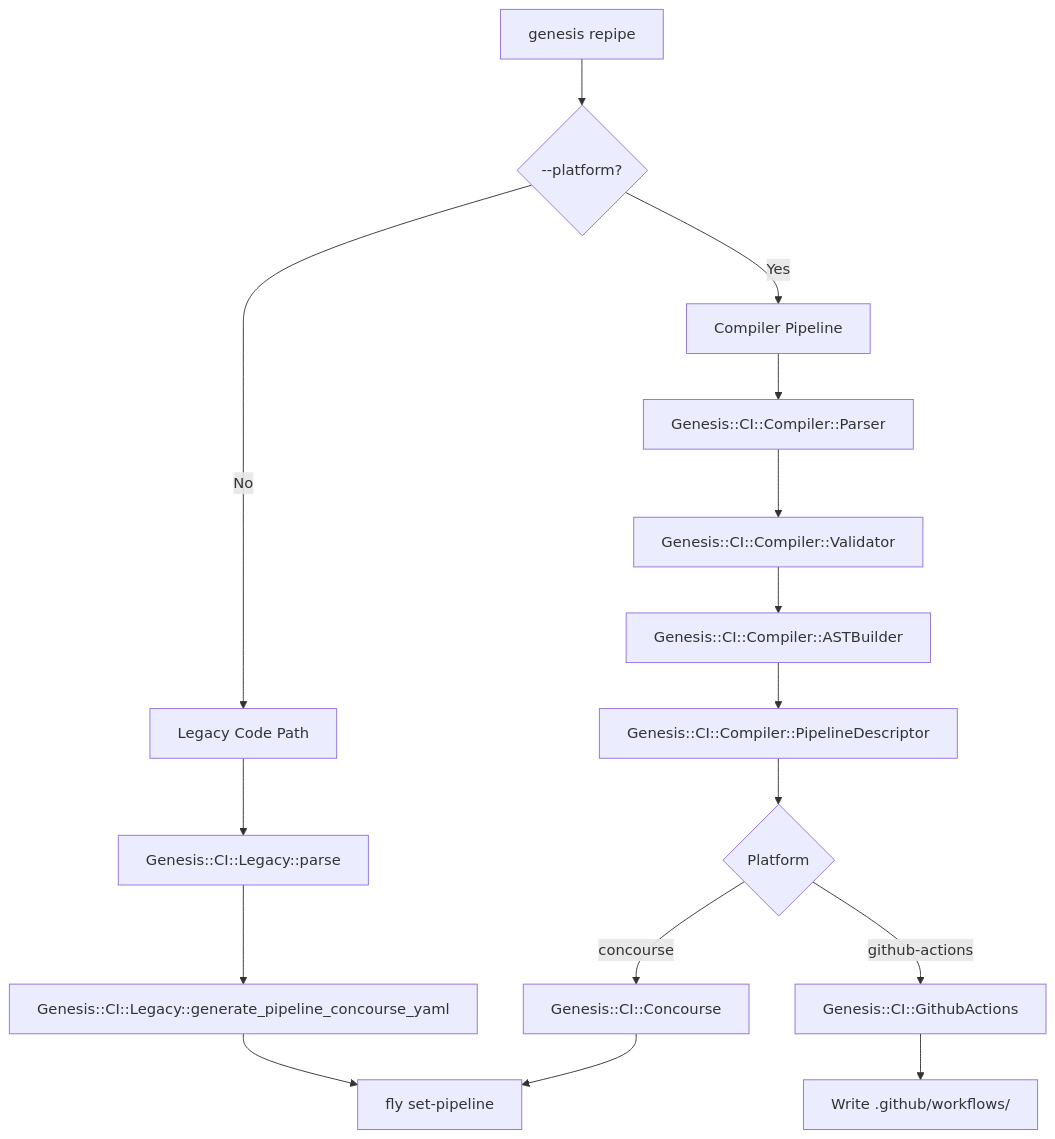
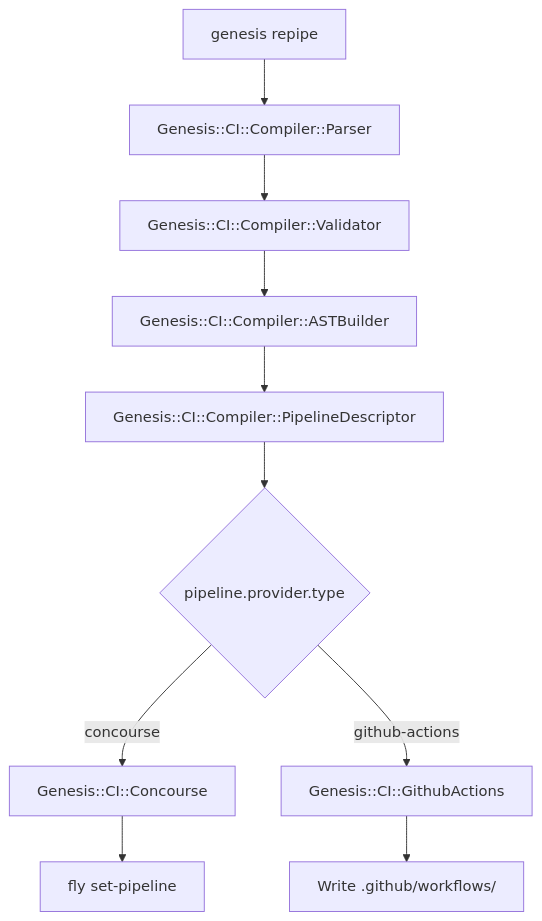
The diagram in docs/ci/user/cli-commands.md (RubidiumStudios/genesis), drawn with Mermaid before and after one commit. The commit also changed other lines of this file and 1 other file, not shown here.

First line of the commit message:
Take the provider flag out of the user pages

````diff
--- a/docs/ci/user/cli-commands.md
+++ b/docs/ci/user/cli-commands.md
@@ -197,18 +183,12 @@
 ```mermaid
 flowchart TD
-    A[genesis repipe] --> B{--platform?}
-    B -->|No| C[Legacy Code Path]
-    B -->|Yes| D[Compiler Pipeline]
-    C --> E[Genesis::CI::Legacy::parse]
-    E --> F[Genesis::CI::Legacy::generate_pipeline_concourse_yaml]
-    F --> G[fly set-pipeline]
-    D --> H[Genesis::CI::Compiler::Parser]
+    A[genesis repipe] --> H[Genesis::CI::Compiler::Parser]
     H --> I[Genesis::CI::Compiler::Validator]
     I --> J[Genesis::CI::Compiler::ASTBuilder]
     J --> K[Genesis::CI::Compiler::PipelineDescriptor]
-    K --> L{Platform}
+    K --> L{pipeline.provider.type}
     L -->|concourse| M[Genesis::CI::Concourse]
     L -->|github-actions| N[Genesis::CI::GithubActions]
-    M --> G
+    M --> G[fly set-pipeline]
     N --> O[Write .github/workflows/]
 ```
````
